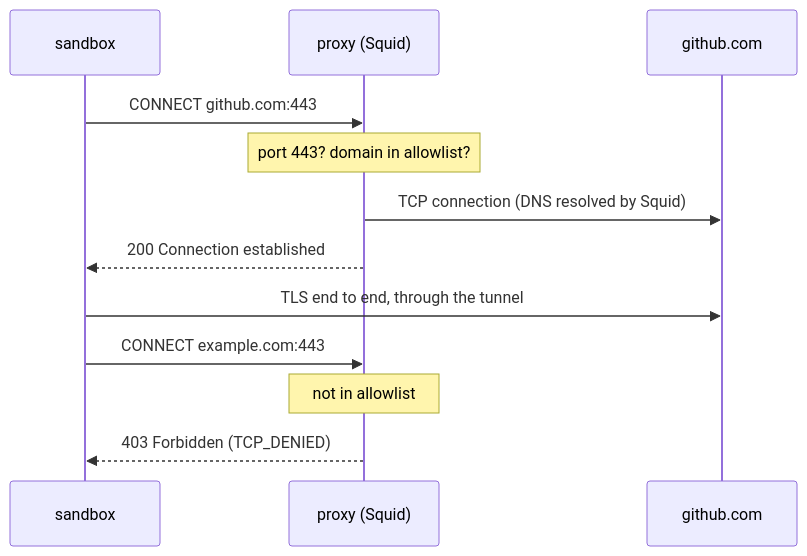
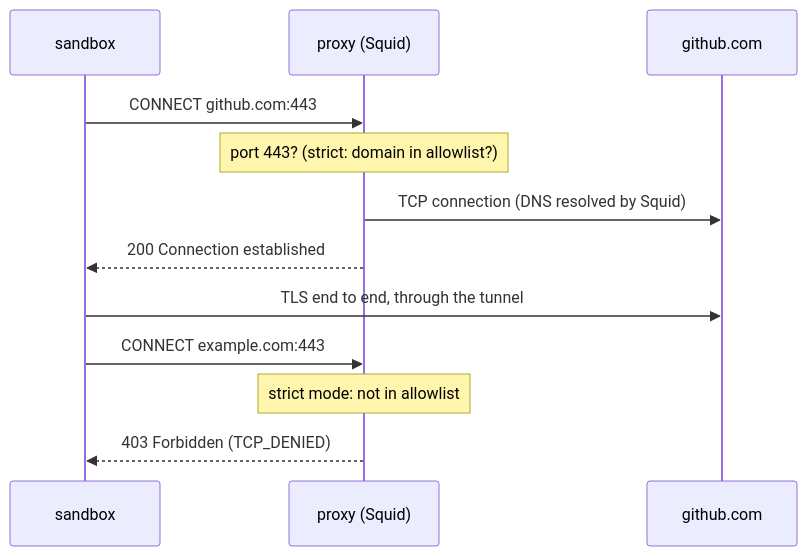
Before and after one commit to mborne/agent-sandbox: the second of 3 diagrams in docs/networking.md, drawn with Mermaid. The commit also changed other lines of this file and 11 other files, not shown here.

````diff
--- a/docs/networking.md
+++ b/docs/networking.md
@@ -36,16 +36,16 @@
 ```mermaid
 sequenceDiagram
     participant S as sandbox
     participant P as proxy (Squid)
     participant D as github.com
 
     S->>P: CONNECT github.com:443
-    Note over P: port 443? domain in allowlist?
+    Note over P: port 443? (strict: domain in allowlist?)
     P->>D: TCP connection (DNS resolved by Squid)
     P-->>S: 200 Connection established
     S->>D: TLS end to end, through the tunnel
 
     S->>P: CONNECT example.com:443
-    Note over P: not in allowlist
+    Note over P: strict mode: not in allowlist
     P-->>S: 403 Forbidden (TCP_DENIED)
 ```
````
